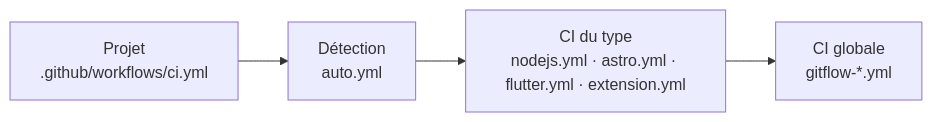
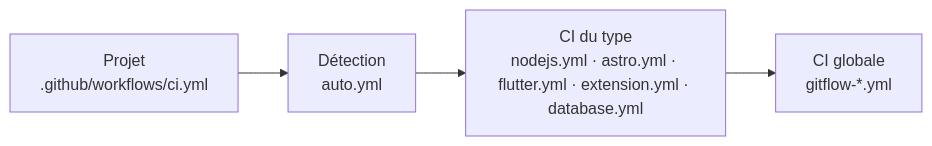
Before and after one commit to FloRobart/github-ci: the first of 2 diagrams in README.md, drawn with Mermaid. The commit also changed other lines of this file and 9 other files, not shown here.

````diff
--- a/README.md
+++ b/README.md
@@ -9,6 +9,6 @@
 ```mermaid
 flowchart LR
     project["Projet<br/>.github/workflows/ci.yml"] --> auto["Détection<br/>auto.yml"]
-    auto --> type["CI du type<br/>nodejs.yml · astro.yml · flutter.yml · extension.yml"]
+    auto --> type["CI du type<br/>nodejs.yml · astro.yml · flutter.yml · extension.yml · database.yml"]
     type --> gitflow["CI globale<br/>gitflow-*.yml"]
 ```
````
